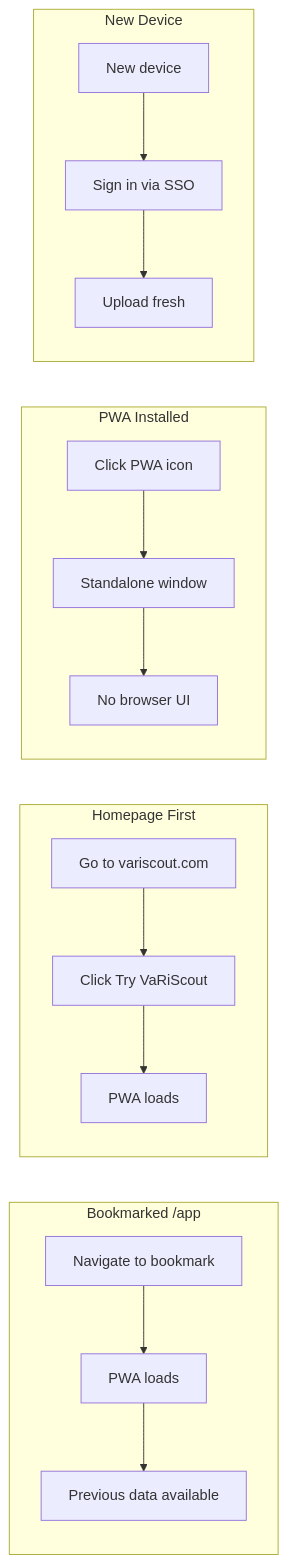
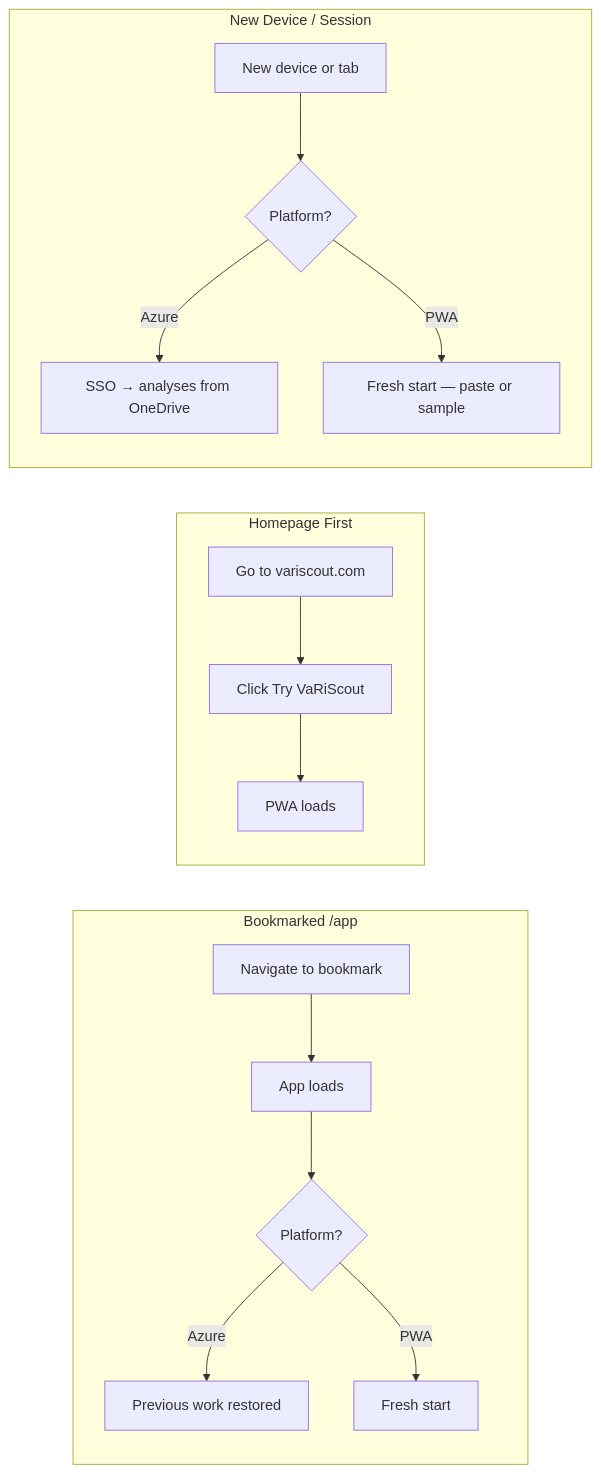
Before and after one commit to jukka-matti/variscout: the second of 3 diagrams in docs/02-journeys/flows/return-visitor.md, drawn with Mermaid. The commit also changed other lines of this file and 40 other files, not shown here.

````diff
--- a/docs/02-journeys/flows/return-visitor.md
+++ b/docs/02-journeys/flows/return-visitor.md
@@ -61,18 +59,19 @@
 ```mermaid
 flowchart LR
     subgraph Scenario A [Bookmarked /app]
-        A1[Navigate to bookmark] --> A2[PWA loads] --> A3[Previous data available]
+        A1[Navigate to bookmark] --> A2[App loads]
+        A2 --> A3{Platform?}
+        A3 -->|Azure| A4[Previous work restored]
+        A3 -->|PWA| A5[Fresh start]
     end
 
     subgraph Scenario B [Homepage First]
         B1[Go to variscout.com] --> B2[Click Try VaRiScout] --> B3[PWA loads]
     end
 
-    subgraph Scenario C [PWA Installed]
-        C1[Click PWA icon] --> C2[Standalone window] --> C3[No browser UI]
-    end
-
-    subgraph Scenario D [New Device]
-        D1[New device] --> D2[Sign in via SSO] --> D3[Upload fresh]
+    subgraph Scenario C [New Device / Session]
+        C1[New device or tab] --> C2{Platform?}
+        C2 -->|Azure| C3[SSO → analyses from OneDrive]
+        C2 -->|PWA| C4[Fresh start — paste or sample]
     end
 ```
````
